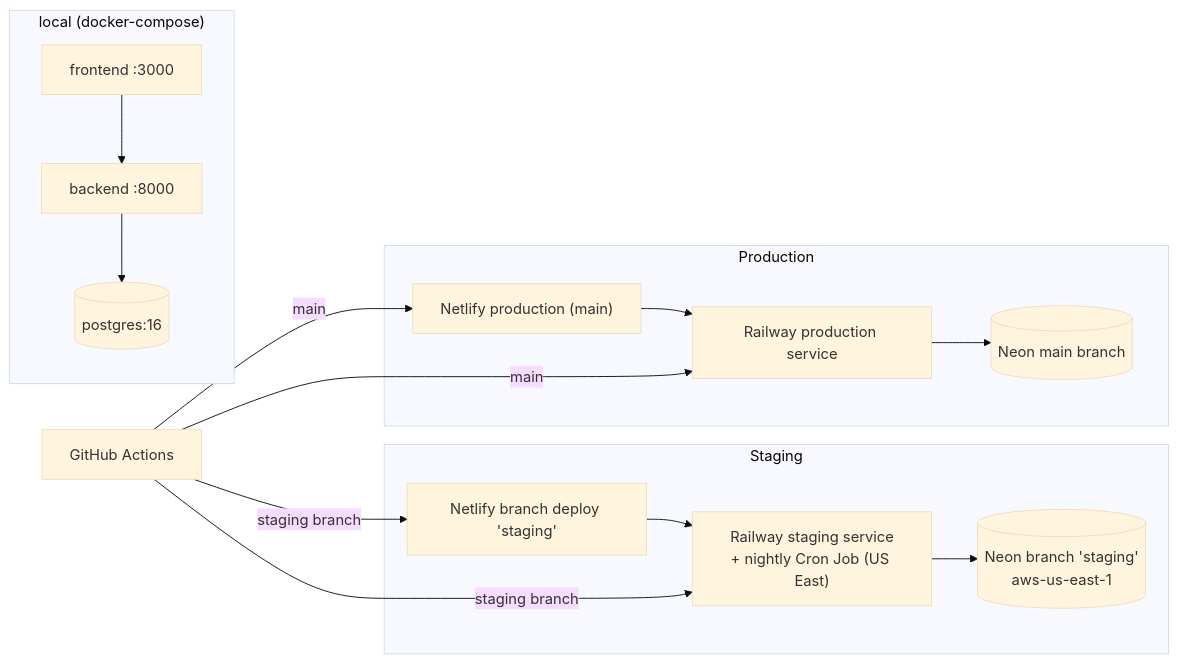
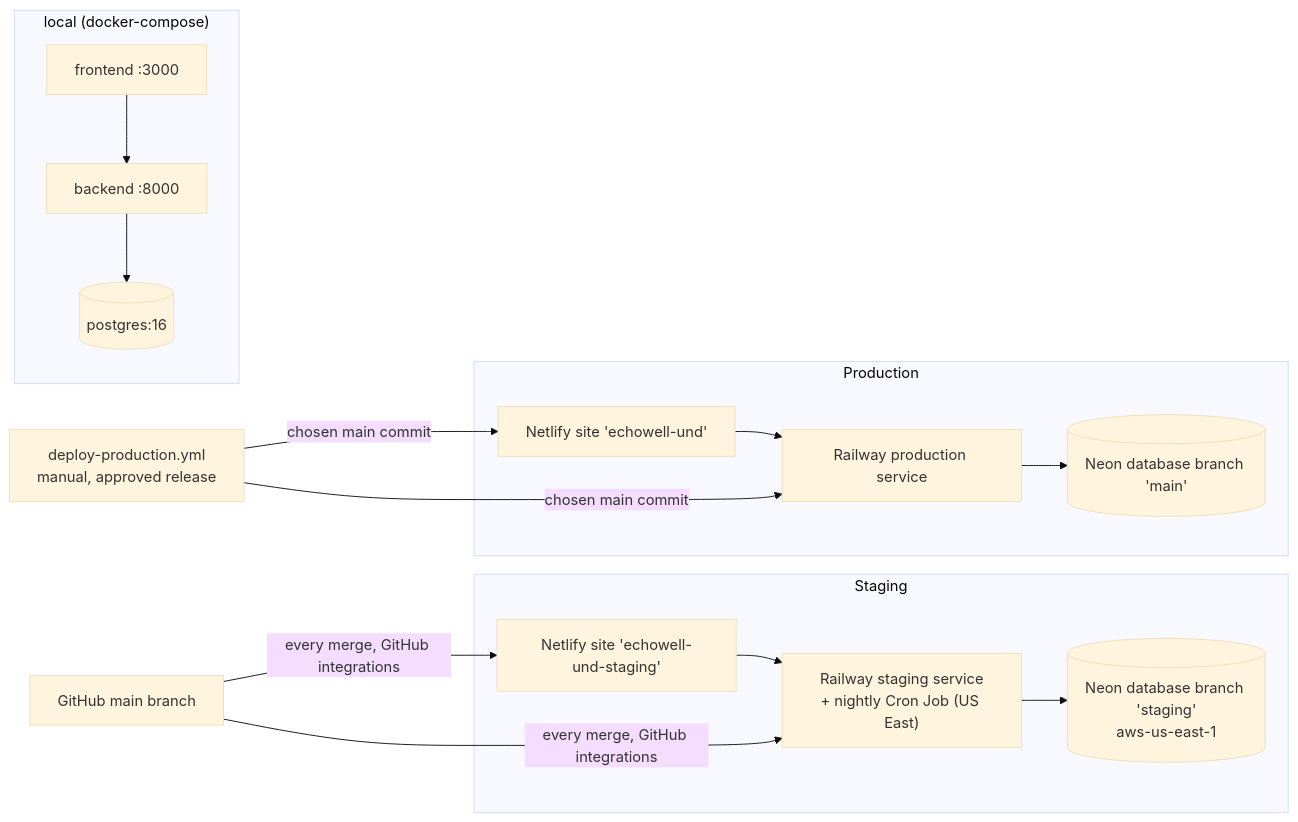
The sixth of 7 diagrams in specs/TRD/01_System_Architecture_TRD.md (EchoWellApp/echowell), drawn with Mermaid (base theme) before and after one commit. The commit also changed other lines of this file and 53 other files, not shown here.

````diff
--- a/specs/TRD/01_System_Architecture_TRD.md
+++ b/specs/TRD/01_System_Architecture_TRD.md
@@ -336,14 +336,14 @@
 ```mermaid
 flowchart LR
     subgraph Local["local (docker-compose)"]
         LF["frontend :3000"] --> LB["backend :8000"] --> LP[("postgres:16")]
     end
     subgraph Staging
-        SF["Netlify branch deploy 'staging'"] --> SB["Railway staging service<br/>+ nightly Cron Job (US East)"] --> SP[("Neon branch 'staging'<br/>aws-us-east-1")]
+        SF["Netlify site 'echowell-und-staging'"] --> SB["Railway staging service<br/>+ nightly Cron Job (US East)"] --> SP[("Neon database branch 'staging'<br/>aws-us-east-1")]
     end
     subgraph Production
-        PF["Netlify production (main)"] --> PB["Railway production service"] --> PP[("Neon main branch")]
+        PF["Netlify site 'echowell-und'"] --> PB["Railway production service"] --> PP[("Neon database branch 'main'")]
     end
-    GH["GitHub Actions"] -->|staging branch| SF & SB
-    GH -->|main| PF & PB
+    GH["GitHub main branch"] -->|every merge, GitHub integrations| SF & SB
+    REL["deploy-production.yml<br/>manual, approved release"] -->|chosen main commit| PF & PB
 ```
````
